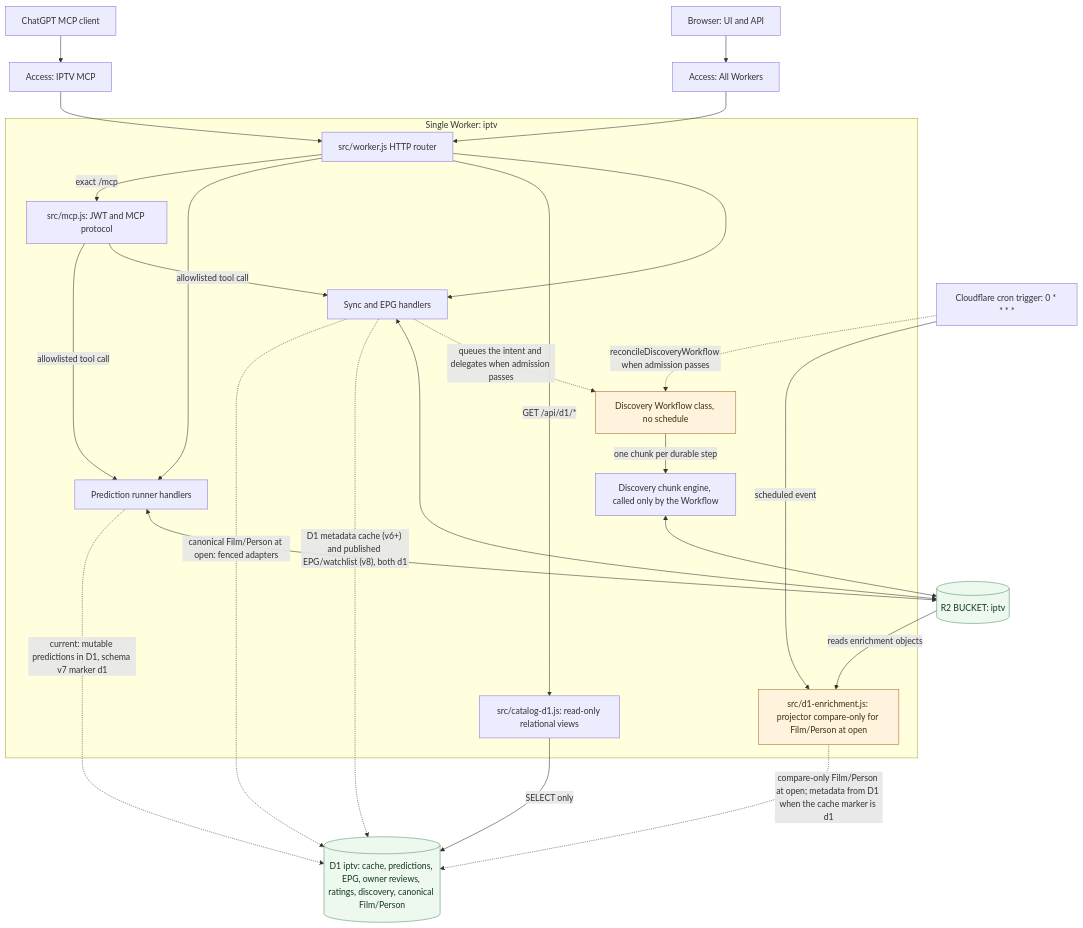
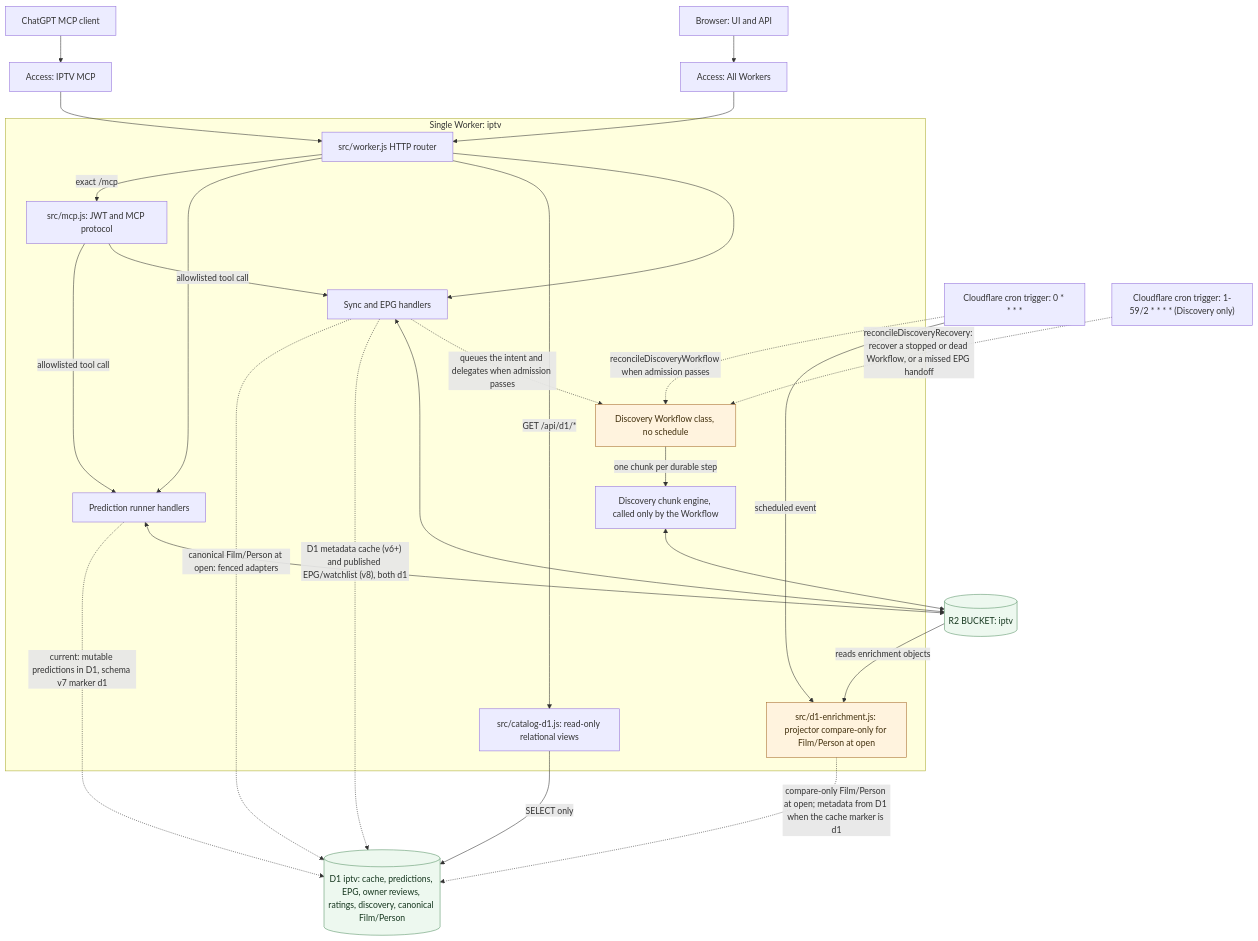
The diagram in docs/architecture/runtime-topology.md (vladimino/iptv-watchlist), drawn with Mermaid before and after one commit. The commit also changed other lines of this file and 23 other files, not shown here.

First line of the commit message:
AIR-534: add Discovery-only fast recovery cron (#774)

````diff
--- a/docs/architecture/runtime-topology.md
+++ b/docs/architecture/runtime-topology.md
@@ -5,45 +5,47 @@
 ```mermaid
 flowchart TB
     web["Browser: UI and API"]
     mcpClient["ChatGPT MCP client"]
     webAccess["Access: All Workers"]
     mcpAccess["Access: IPTV MCP"]
     cron["Cloudflare cron trigger: 0 * * * *"]
+    fastCron["Cloudflare cron trigger: 1-59/2 * * * * (Discovery only)"]
     subgraph worker["Single Worker: iptv"]
         route["src/worker.js HTTP router"]
         mcp["src/mcp.js: JWT and MCP protocol"]
         sync["Sync and EPG handlers"]
         prediction["Prediction runner handlers"]
         discovery["Discovery chunk engine, called only by the Workflow"]
         catalogD1["src/catalog-d1.js: read-only relational views"]
         projector["src/d1-enrichment.js: projector compare-only for Film/Person at open"]
         route --> sync
         route -->|GET /api/d1/*| catalogD1
         route --> prediction
         route -->|exact /mcp| mcp
         mcp -->|allowlisted tool call| sync
         mcp -->|allowlisted tool call| prediction
         workflow["Discovery Workflow class, no schedule"]
         sync -.->|"queues the intent and delegates when admission passes"| workflow
         workflow -->|"one chunk per durable step"| discovery
     end
     store[("R2 BUCKET: iptv")]
     d1[("D1 iptv: cache, predictions, EPG, owner reviews, ratings, discovery, canonical Film/Person")]
     web --> webAccess --> route
     mcpClient --> mcpAccess --> route
     sync <--> store
     prediction <--> store
     prediction -.->|current: mutable predictions in D1, schema v7 marker d1| d1
     discovery <--> store
     catalogD1 -->|SELECT only| d1
     cron -->|scheduled event| projector
     cron -.->|reconcileDiscoveryWorkflow when admission passes| workflow
+    fastCron -.->|reconcileDiscoveryRecovery: recover a stopped or dead Workflow, or a missed EPG handoff| workflow
     store -->|reads enrichment objects| projector
     projector -.->|compare-only Film/Person at open; metadata from D1 when the cache marker is d1| d1
     sync -.->|"D1 metadata cache (v6+) and published EPG/watchlist (v8), both d1"| d1
     sync -.->|canonical Film/Person at open: fenced adapters| d1
     classDef current fill:#edf8ef,stroke:#579266,color:#15361e
     classDef gated fill:#fff3de,stroke:#a56c2b,color:#42300e
     class store,d1 current
     class projector,workflow gated
 ```
````
